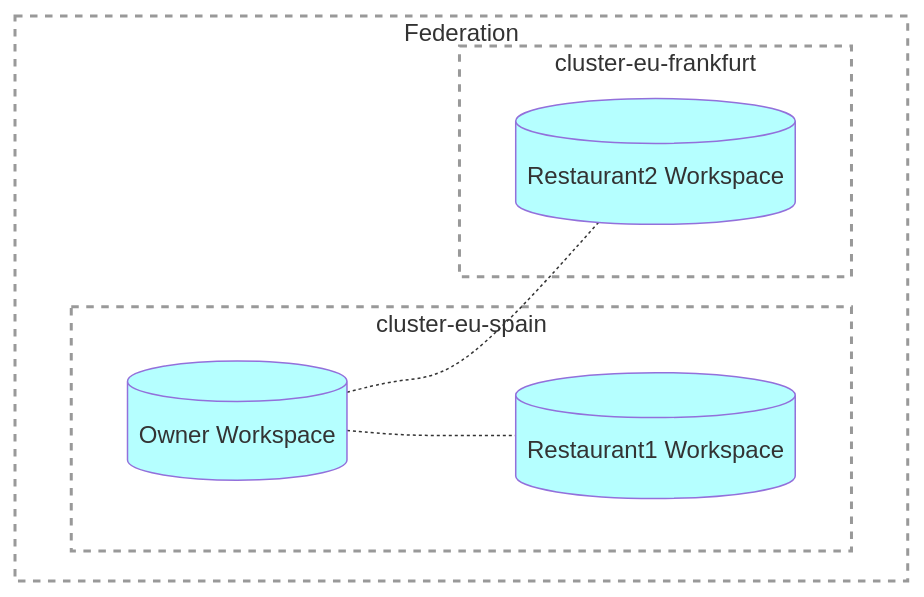
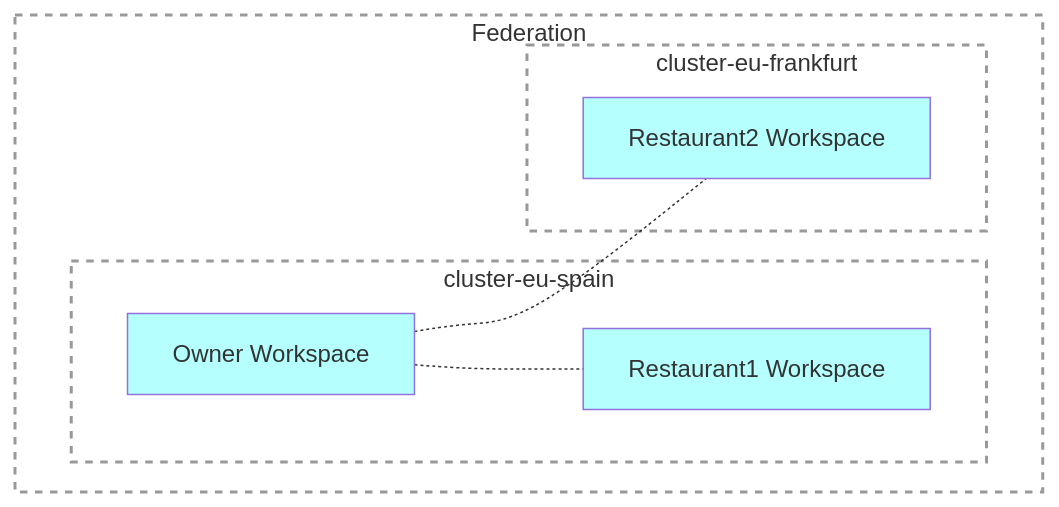
Before and after one commit to voedger/voedger-internals: the second of 5 diagrams in concepts/motivation/motivation.md, drawn with Mermaid. The commit also changed other lines of this file and 1 other file, not shown here.

Commit message:
# Key architectural and design decisions

````diff
--- a/concepts/motivation/motivation.md
+++ b/concepts/motivation/motivation.md
@@ -52,27 +83,24 @@
 ```mermaid
 graph TD
 
   Federation:::G
   subgraph Federation
     Cluster1[cluster-eu-spain]:::G
     subgraph Cluster1[cluster-eu-spain]
-      Owner[(Owner Workspace)]:::S
-      Restaurant1[(Restaurant1 Workspace)]:::S
+      Owner[Owner Workspace]:::S
+      Restaurant1[Restaurant1 Workspace]:::S
     end
     Cluster2[[cluster-eu-frankfurt]]:::G
     subgraph Cluster2[cluster-eu-frankfurt]
-      Restaurant2[(Restaurant2 Workspace)]:::S
+      Restaurant2[Restaurant2 Workspace]:::S
     end
-    Owner[(Owner Workspace)]:::S
-    Restaurant1[(Restaurant1 Workspace)]:::S
-
   end
 
   Owner -.- Restaurant1
   Owner -.- Restaurant2
 
   classDef B fill:#FFFFB5,color:#333
   classDef S fill:#B5FFFF,color:#333
   classDef H fill:#C9E7B7,color:#333
   classDef G fill:#ffffff15, stroke:#999, stroke-width:2px, stroke-dasharray: 5 5
 ```
````
